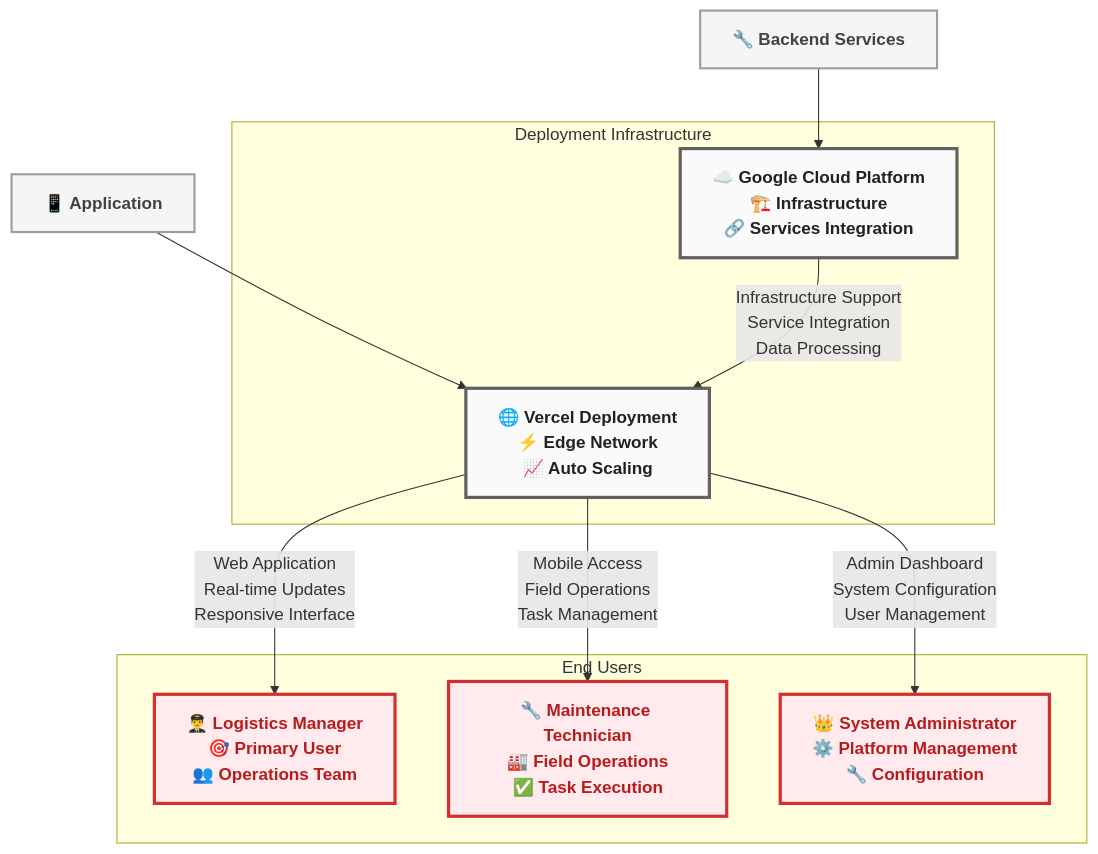
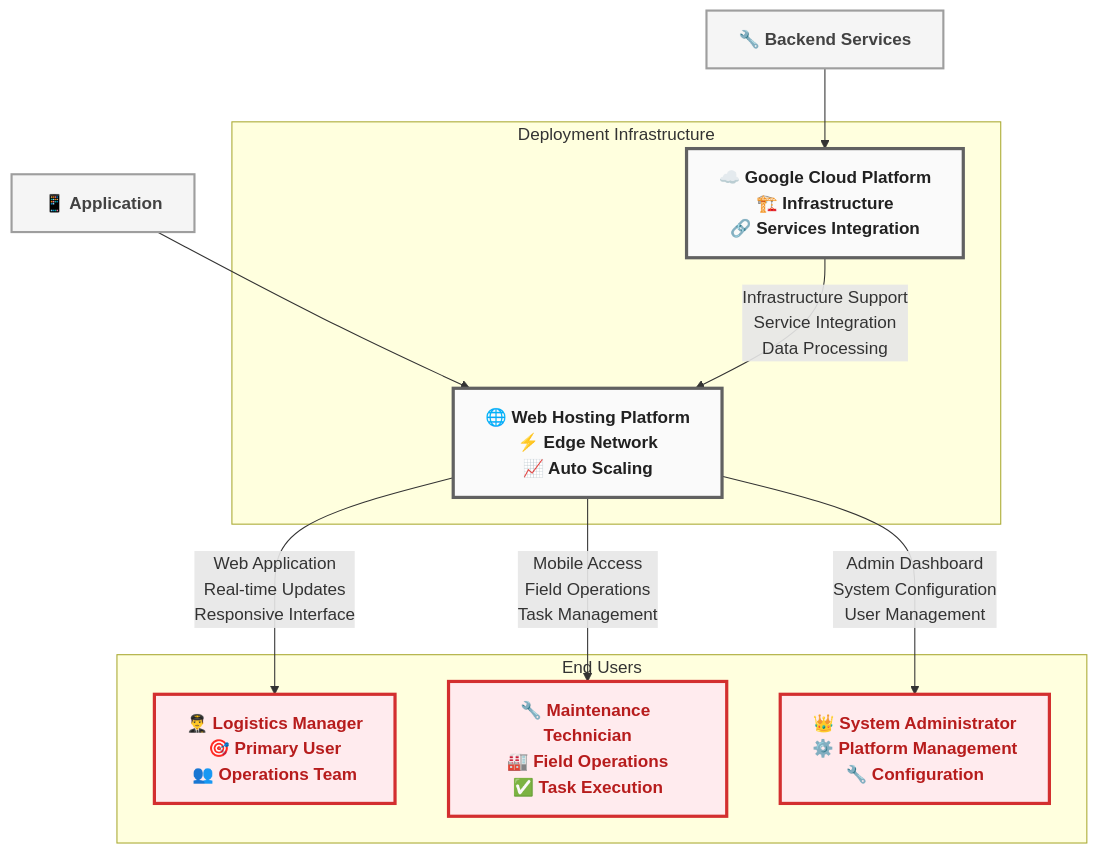
Before and after one commit to Hetpatel01021111/MTC_AeroTrackAI: the ninth of 9 diagrams in README.md, drawn with Mermaid. The commit also changed other lines of this file, not shown here.

````diff
--- a/README.md
+++ b/README.md
@@ -389,30 +411,30 @@
 ```mermaid
 graph TB
     subgraph "Deployment Infrastructure"
-        VERCEL["🌐 Vercel Deployment<br/>⚡ Edge Network<br/>📈 Auto Scaling"]
+        HOSTING["🌐 Web Hosting Platform<br/>⚡ Edge Network<br/>📈 Auto Scaling"]
         GCP["☁️ Google Cloud Platform<br/>🏗️ Infrastructure<br/>🔗 Services Integration"]
     end
     
     subgraph "End Users"
         LOGISTICS["👨‍✈️ Logistics Manager<br/>🎯 Primary User<br/>👥 Operations Team"]
         TECHNICIAN["🔧 Maintenance Technician<br/>🏭 Field Operations<br/>✅ Task Execution"]
         ADMIN["👑 System Administrator<br/>⚙️ Platform Management<br/>🔧 Configuration"]
     end
     
-    APP_INPUT["📱 Application"] --> VERCEL
+    APP_INPUT["📱 Application"] --> HOSTING
     SERVICES_INPUT["🔧 Backend Services"] --> GCP
     
-    VERCEL --> |"Web Application<br/>Real-time Updates<br/>Responsive Interface"| LOGISTICS
-    VERCEL --> |"Mobile Access<br/>Field Operations<br/>Task Management"| TECHNICIAN
-    VERCEL --> |"Admin Dashboard<br/>System Configuration<br/>User Management"| ADMIN
+    HOSTING --> |"Web Application<br/>Real-time Updates<br/>Responsive Interface"| LOGISTICS
+    HOSTING --> |"Mobile Access<br/>Field Operations<br/>Task Management"| TECHNICIAN
+    HOSTING --> |"Admin Dashboard<br/>System Configuration<br/>User Management"| ADMIN
     
-    GCP --> |"Infrastructure Support<br/>Service Integration<br/>Data Processing"| VERCEL
+    GCP --> |"Infrastructure Support<br/>Service Integration<br/>Data Processing"| HOSTING
     
     classDef deployment fill:#FAFAFA,stroke:#616161,stroke-width:3px,color:#212121,font-weight:bold
     classDef user fill:#FFEBEE,stroke:#D32F2F,stroke-width:3px,color:#B71C1C,font-weight:bold
     classDef input fill:#F5F5F5,stroke:#9E9E9E,stroke-width:2px,color:#424242,font-weight:bold
     
-    class VERCEL,GCP deployment
+    class HOSTING,GCP deployment
     class LOGISTICS,TECHNICIAN,ADMIN user
     class APP_INPUT,SERVICES_INPUT input
 ```
````
